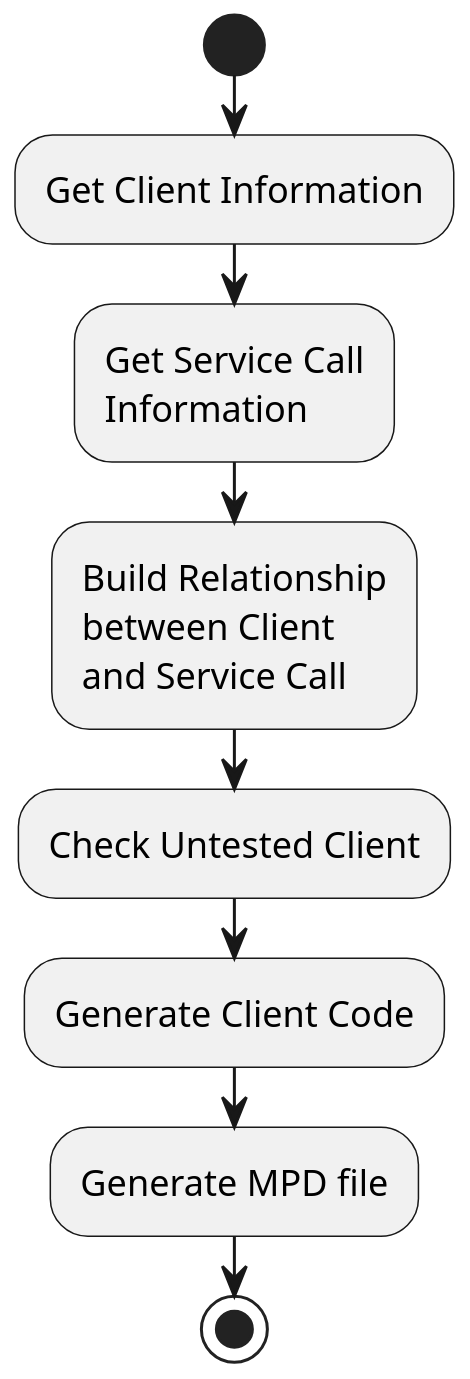
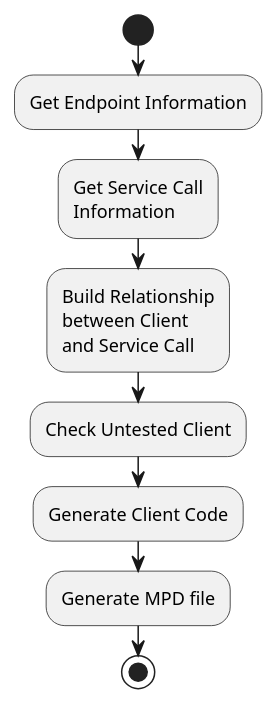
The diagram in diagram/mca/flow.puml (b4456609/mgp-back), drawn with PlantUML before and after one commit. The commit also changed 1 other file, not shown here.

Commit message:
update diagram

```diff
--- a/diagram/mca/flow.puml
+++ b/diagram/mca/flow.puml
@@ -1,14 +1,13 @@
 @startuml
-scale 2
 start
-:Get Client Information;
+:Get Endpoint Information;
 :Get Service Call
 Information;
 :Build Relationship
 between Client
 and Service Call;
 :Check Untested Client;
 :Generate Client Code;
 :Generate MPD file;
 stop
 @enduml
```
